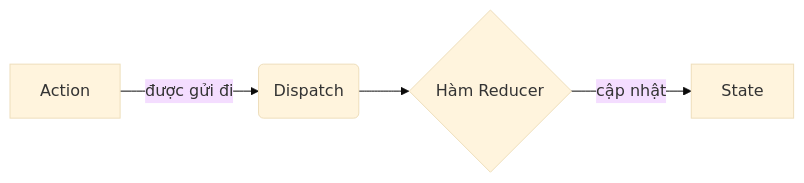
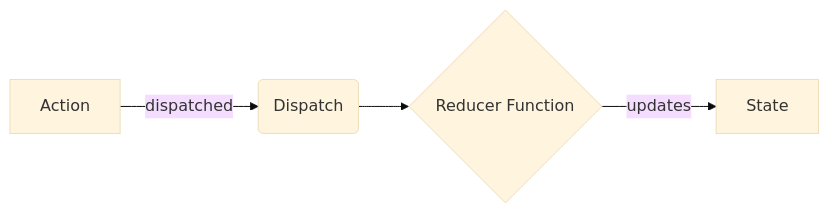
Before and after one commit to iamtomnotjerry/REACT.JS-19-MONSTER: the diagram in 02-react-hooks/vi/06-usereducer.md, drawn with Mermaid (base theme). The commit also changed other lines of this file and 89 other files, not shown here.

````diff
--- a/02-react-hooks/vi/06-usereducer.md
+++ b/02-react-hooks/vi/06-usereducer.md
@@ -16,6 +42,6 @@
 ```mermaid
 graph LR
-    A[Action] -->|được gửi đi| B(Dispatch)
-    B --> C{Hàm Reducer}
-    C -->|cập nhật| D[State]
+    A[Action] -->|dispatched| B(Dispatch)
+    B --> C{Reducer Function}
+    C -->|updates| D[State]
 ```
````
